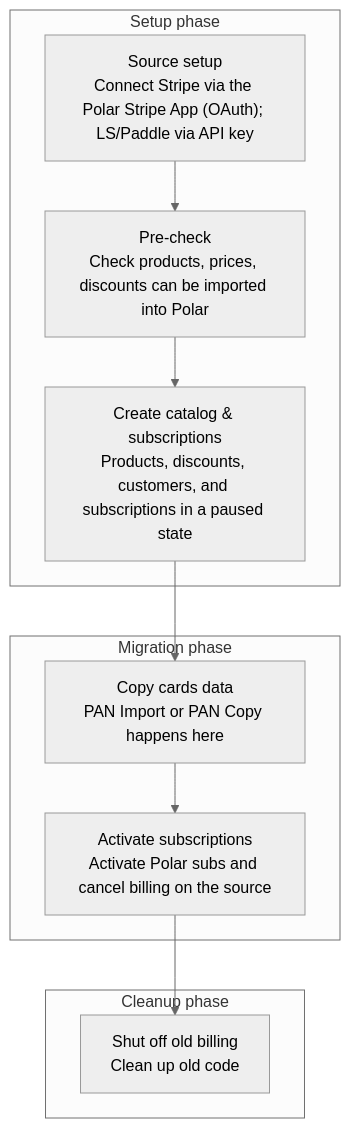
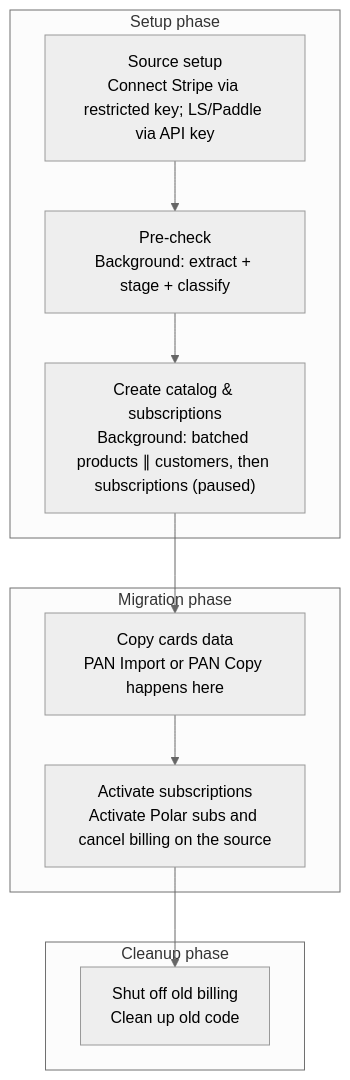
One commit to polarsource/polar changed the first of 2 diagrams in handbook/engineering/design-documents/merchant-migrations.mdx. Above: the diagram before and after it, drawn with Mermaid (neutral theme). The commit also changed other lines of this file, not shown here.

First line of the commit message:
docs: design background jobs for merchant migration import

````diff
--- a/handbook/engineering/design-documents/merchant-migrations.mdx
+++ b/handbook/engineering/design-documents/merchant-migrations.mdx
@@ -38,19 +38,19 @@
 ```mermaid
 flowchart TB
   subgraph S["Setup phase"]
-    A["Source setup<br/>Connect Stripe via the Polar Stripe App (OAuth); LS/Paddle via API key"]
-    B["Pre-check<br/>Check products, prices, discounts can be imported into Polar"]
-    C["Create catalog & subscriptions<br/>Products, discounts, customers, and subscriptions in a paused state"]
+    A["Source setup<br/>Connect Stripe via restricted key; LS/Paddle via API key"]
+    B["Pre-check<br/>Background: extract + stage + classify"]
+    C["Create catalog & subscriptions<br/>Background: batched products ∥ customers, then subscriptions (paused)"]
     A --> B --> C
   end
   subgraph M["Migration phase"]
     D["Copy cards data<br/>PAN Import or PAN Copy happens here"]
     E["Activate subscriptions<br/>Activate Polar subs and cancel billing on the source"]
     D --> E
   end
   subgraph CL["Cleanup phase"]
     F["Shut off old billing<br/>Clean up old code"]
   end
   C --> D
   E --> F
 ```
````
